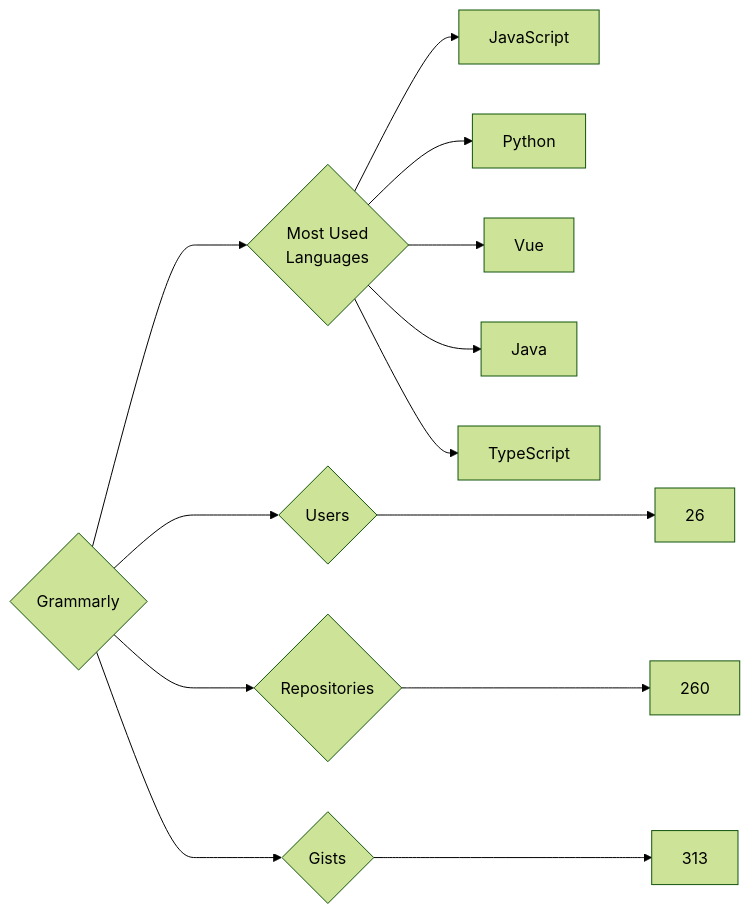
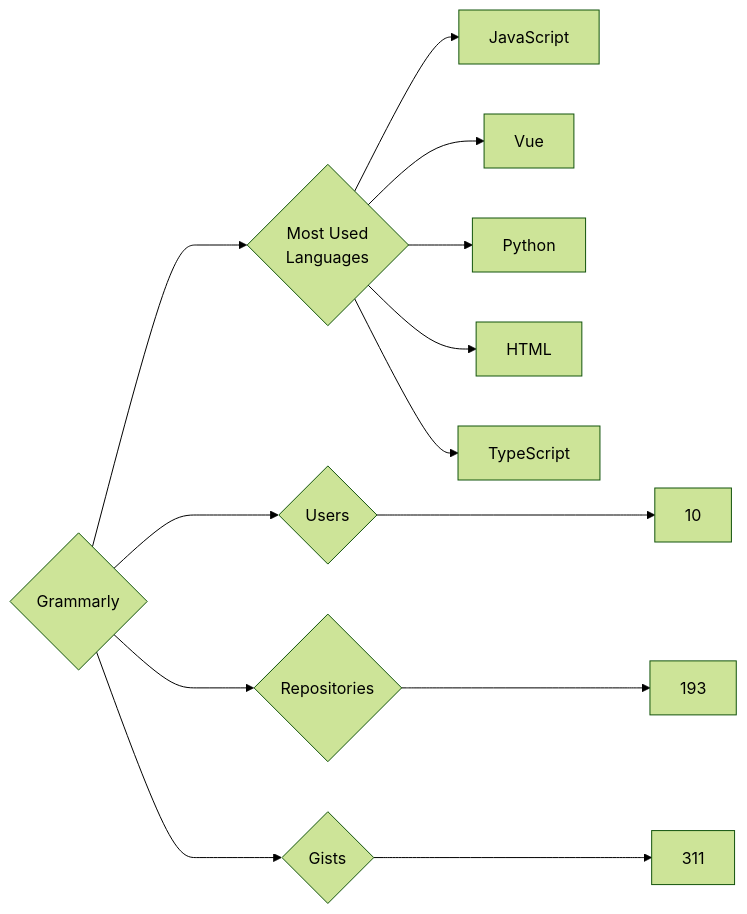
Before and after one commit to trickest/insiders: the diagram in targets/Grammarly/README.md, drawn with Mermaid (forest theme). The commit also changed 611 other files, not shown here.

````diff
--- a/targets/Grammarly/README.md
+++ b/targets/Grammarly/README.md
@@ -3,13 +3,13 @@
 ```mermaid
 graph LR
 COMPANY_NAME{Grammarly}
-COMPANY_NAME ---> U{Users} ---> UN[26]
-COMPANY_NAME ---> R{Repositories} ---> RN[260]
-COMPANY_NAME ---> G{Gists} ---> GN[313]
+COMPANY_NAME ---> U{Users} ---> UN[10]
+COMPANY_NAME ---> R{Repositories} ---> RN[193]
+COMPANY_NAME ---> G{Gists} ---> GN[311]
 COMPANY_NAME ---> ML{Most Used<br>Languages}
 ML --> JavaScript[JavaScript]
+ML --> Vue[Vue]
 ML --> Python[Python]
-ML --> Vue[Vue]
-ML --> Java[Java]
+ML --> HTML[HTML]
 ML --> TypeScript[TypeScript]
 ```
````
